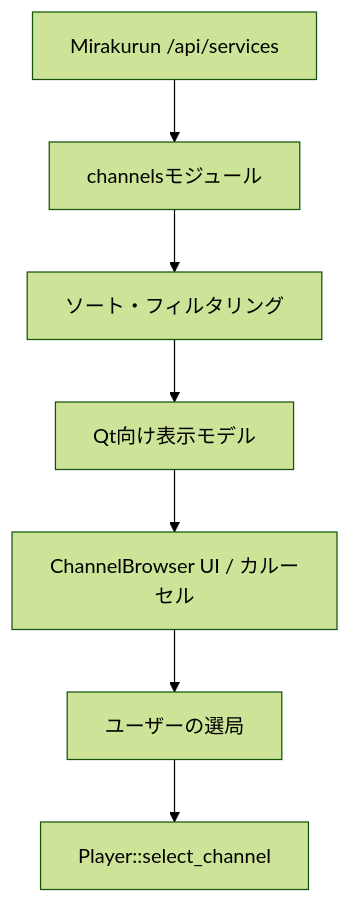
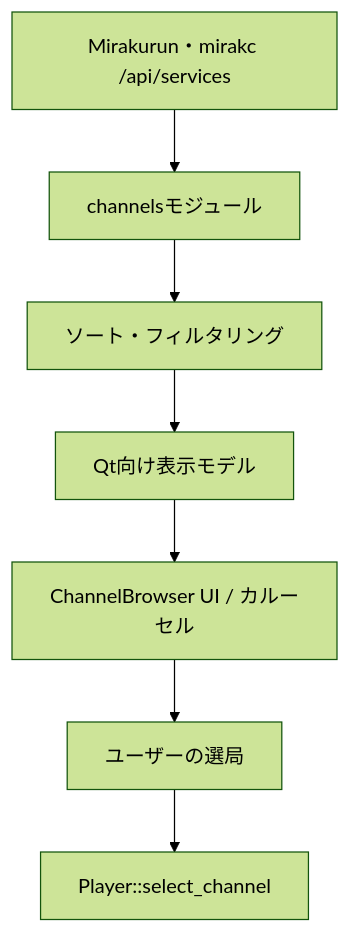
Before and after one commit to ouvill/NagameTV: the diagram in docs/channel-browser.md, drawn with Mermaid (forest theme). The commit also changed other lines of this file and 8 other files, not shown here.

````diff
--- a/docs/channel-browser.md
+++ b/docs/channel-browser.md
@@ -11,9 +13,9 @@
 ```mermaid
 flowchart TD
-    M[Mirakurun /api/services] --> C[channelsモジュール]
+    M[Mirakurun・mirakc /api/services] --> C[channelsモジュール]
     C --> Sort[ソート・フィルタリング]
     Sort --> Model[Qt向け表示モデル]
     Model --> UI[ChannelBrowser UI / カルーセル]
     UI --> Select[ユーザーの選局]
     Select --> Rust[Player::select_channel]
 ```
````
